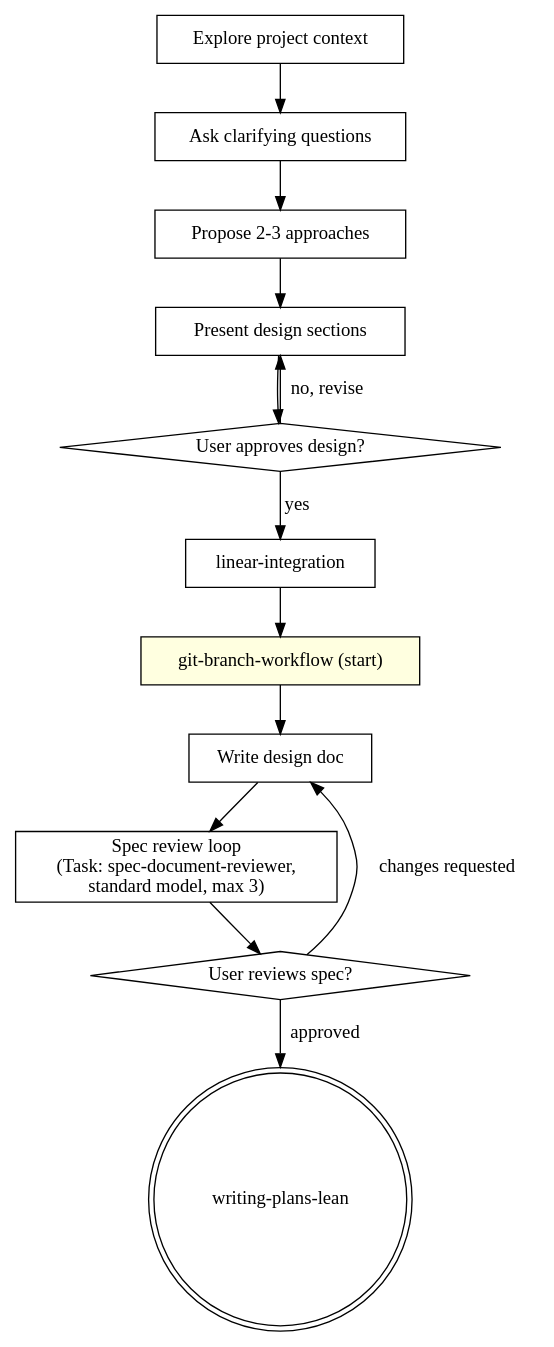
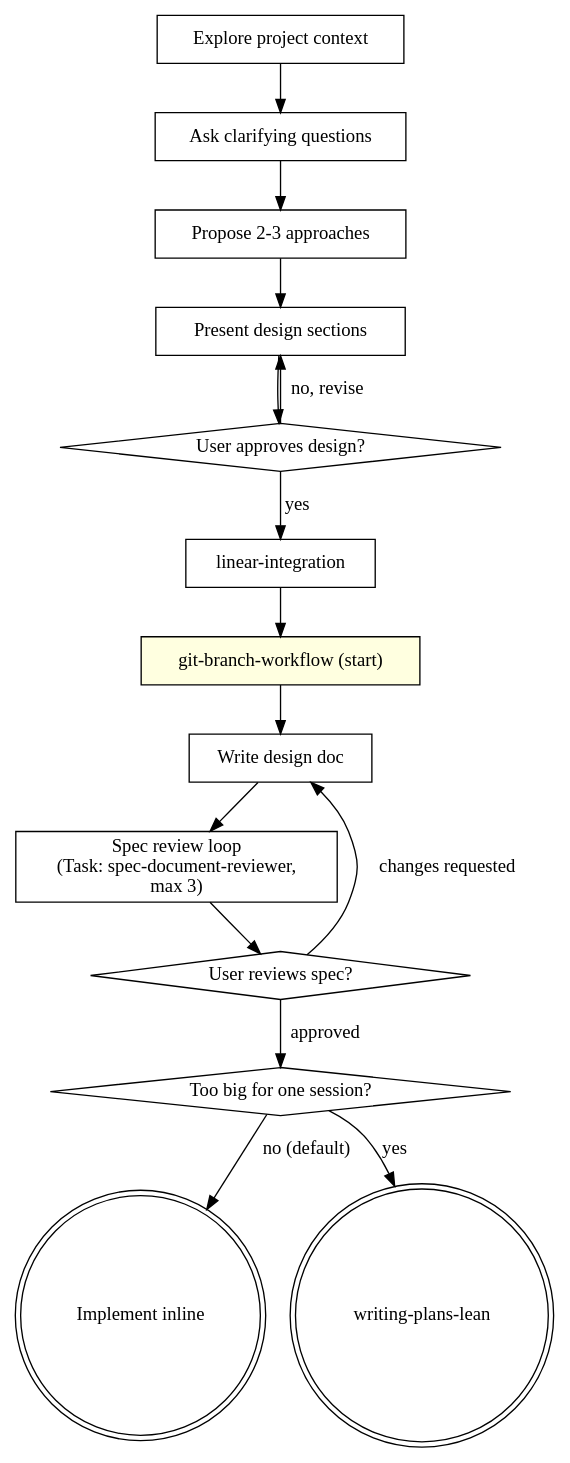
The diagram in skills/brainstorming/SKILL.md (antoinecolin-voodoo/colinpowers), drawn with Graphviz before and after one commit. The commit also changed other lines of this file and 14 other files, not shown here.

First line of the commit message:
skills: implement inline by default, plans run as 2-4 workstream agents

````diff
--- a/skills/brainstorming/SKILL.md
+++ b/skills/brainstorming/SKILL.md
@@ -37,28 +37,32 @@
 ```dot
 digraph brainstorming {
     "Explore project context" [shape=box];
     "Ask clarifying questions" [shape=box];
     "Propose 2-3 approaches" [shape=box];
     "Present design sections" [shape=box];
     "User approves design?" [shape=diamond];
     "linear-integration" [shape=box];
     "git-branch-workflow (start)" [shape=box style=filled fillcolor=lightyellow];
     "Write design doc" [shape=box];
-    "Spec review loop\n(Task: spec-document-reviewer,\nstandard model, max 3)" [shape=box];
+    "Spec review loop\n(Task: spec-document-reviewer,\nmax 3)" [shape=box];
     "User reviews spec?" [shape=diamond];
+    "Too big for one session?" [shape=diamond];
+    "Implement inline" [shape=doublecircle];
     "writing-plans-lean" [shape=doublecircle];
 
     "Explore project context" -> "Ask clarifying questions";
     "Ask clarifying questions" -> "Propose 2-3 approaches";
     "Propose 2-3 approaches" -> "Present design sections";
     "Present design sections" -> "User approves design?";
     "User approves design?" -> "Present design sections" [label="no, revise"];
     "User approves design?" -> "linear-integration" [label="yes"];
     "linear-integration" -> "git-branch-workflow (start)";
     "git-branch-workflow (start)" -> "Write design doc";
-    "Write design doc" -> "Spec review loop\n(Task: spec-document-reviewer,\nstandard model, max 3)";
-    "Spec review loop\n(Task: spec-document-reviewer,\nstandard model, max 3)" -> "User reviews spec?";
+    "Write design doc" -> "Spec review loop\n(Task: spec-document-reviewer,\nmax 3)";
+    "Spec review loop\n(Task: spec-document-reviewer,\nmax 3)" -> "User reviews spec?";
     "User reviews spec?" -> "Write design doc" [label="changes requested"];
-    "User reviews spec?" -> "writing-plans-lean" [label="approved"];
+    "User reviews spec?" -> "Too big for one session?" [label="approved"];
+    "Too big for one session?" -> "Implement inline" [label="no (default)"];
+    "Too big for one session?" -> "writing-plans-lean" [label="yes"];
 }
 ```
````
